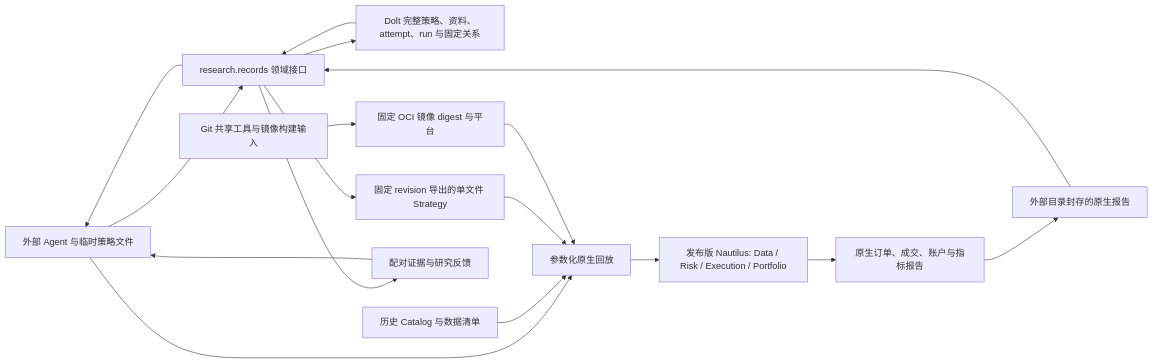
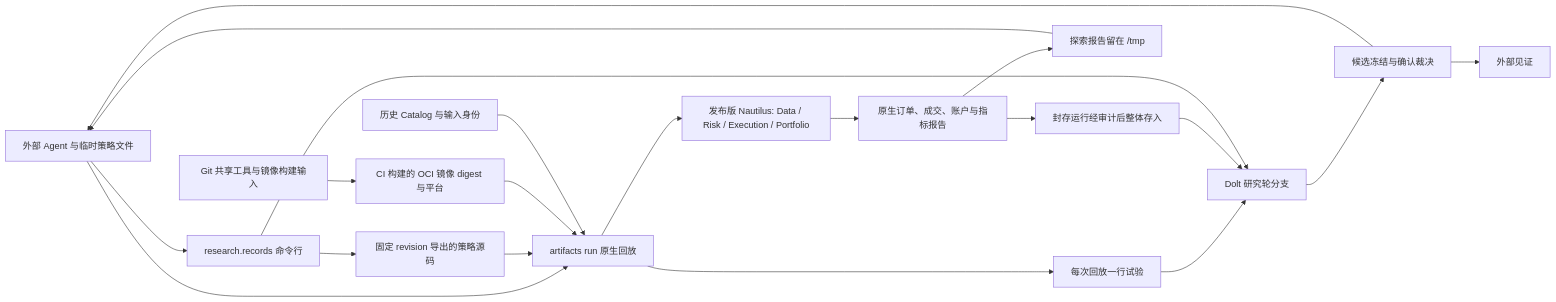
Before and after one commit to qOeOp/trade: the diagram in docs/architecture.zh.md, drawn with Mermaid. The commit also changed other lines of this file and 82 other files, not shown here.

First line of the commit message:
refactor(records)!: store research rounds, runs and verdicts in a typed dolt ledger

````diff
--- a/docs/architecture.zh.md
+++ b/docs/architecture.zh.md
@@ -18,19 +18,22 @@
 ```mermaid
 flowchart LR
-  A[外部 Agent 与临时策略文件] --> Q[research.records 领域接口]
-  Q --> L[Dolt 完整策略、资料、attempt、run 与固定关系]
-  L --> Q
-  Q --> A
-  Q --> S[固定 revision 导出的单文件 Strategy]
-  G[Git 共享工具与镜像构建输入] --> I[固定 OCI 镜像 digest 与平台]
-  A --> R[参数化原生回放]
-  D[历史 Catalog 与数据清单] --> R
+  A[外部 Agent 与临时策略文件] --> Q[research.records 命令行]
+  Q --> S[固定 revision 导出的策略源码]
+  A --> R[artifacts run 原生回放]
   S --> R
+  G[Git 共享工具与镜像构建输入] --> I[CI 构建的 OCI 镜像 digest 与平台]
   I --> R
+  D[历史 Catalog 与输入身份] --> R
+  R --> T[每次回放一行试验]
   R --> N[发布版 Nautilus: Data / Risk / Execution / Portfolio]
   N --> E[原生订单、成交、账户与指标报告]
-  E --> C[外部目录封存的原生报告]
-  C --> Q
-  Q --> F[配对证据与研究反馈]
+  E --> X["探索报告留在 /tmp"]
+  E --> U[封存运行经审计后整体存入]
+  T --> L[Dolt 研究轮分支]
+  U --> L
+  Q --> L
+  L --> F[候选冻结与确认裁决]
+  F --> W[外部见证]
   F --> A
+  X --> A
 ```
````
